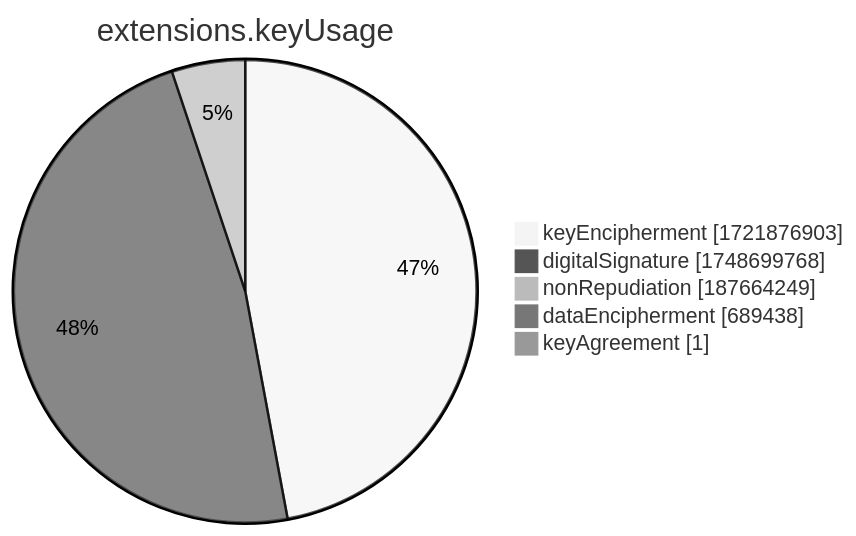
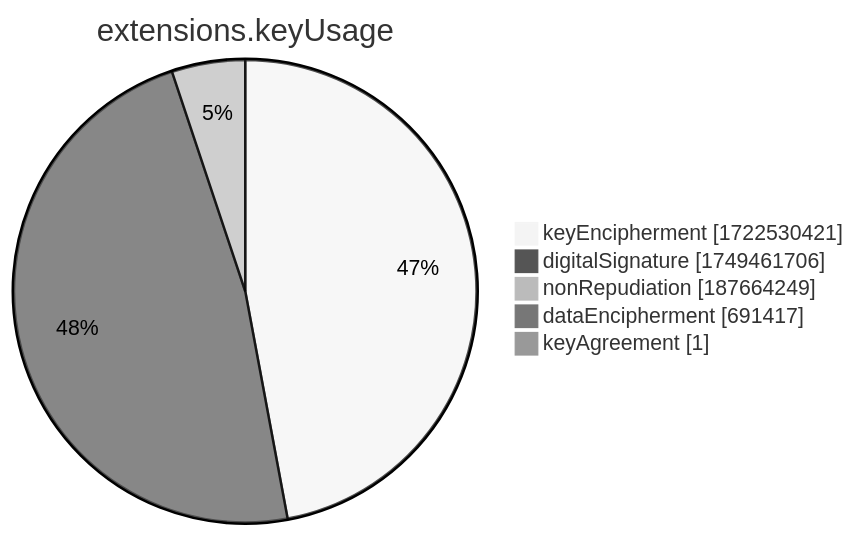
The seventh of 15 diagrams in xenon2022/README.md (christiankrug/ctmonitor_visualization), drawn with Mermaid (neutral theme) before and after one commit. The commit also changed other lines of this file, not shown here.

````diff
--- a/xenon2022/README.md
+++ b/xenon2022/README.md
@@ -2858,9 +2858,9 @@
 ```mermaid
 pie showData
 title extensions.keyUsage
-"keyEncipherment" :1721876903
-"digitalSignature" :1748699768
+"keyEncipherment" :1722530421
+"digitalSignature" :1749461706
 "nonRepudiation" :187664249
-"dataEncipherment" :689438
+"dataEncipherment" :691417
 "keyAgreement" :1
 ```
````
